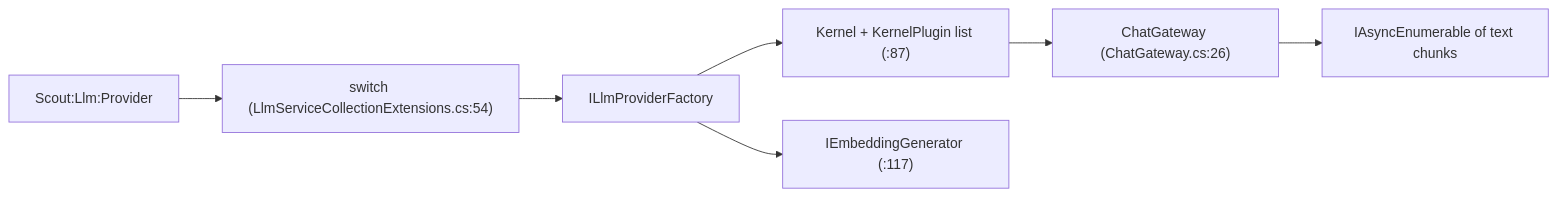
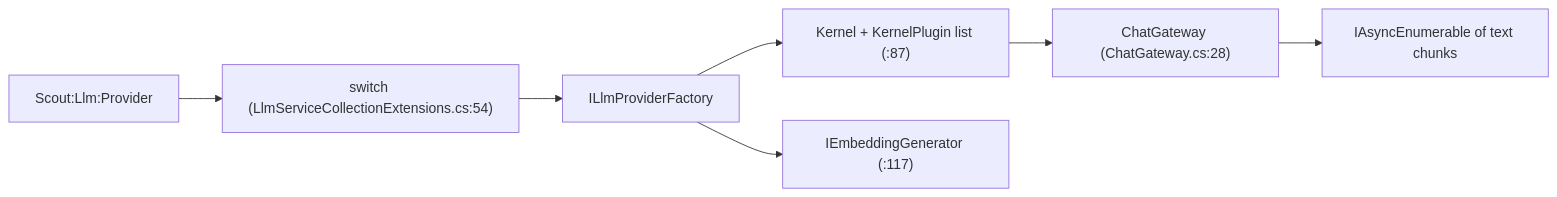
Before and after one commit to vitorafgomes/scout: the diagram in vault/pages/services/llm.md, drawn with Mermaid. The commit also changed other lines of this file and 19 other files, not shown here.

````diff
--- a/vault/pages/services/llm.md
+++ b/vault/pages/services/llm.md
@@ -40,9 +40,9 @@
 ```mermaid
 flowchart LR
     cfg["Scout:Llm:Provider"] --> sw["switch (LlmServiceCollectionExtensions.cs:54)"]
     sw --> fac["ILlmProviderFactory"]
     fac --> k["Kernel + KernelPlugin list (:87)"]
-    k --> gw["ChatGateway (ChatGateway.cs:26)"]
+    k --> gw["ChatGateway (ChatGateway.cs:28)"]
     fac --> emb["IEmbeddingGenerator (:117)"]
     gw --> out["IAsyncEnumerable of text chunks"]
 ```
````
